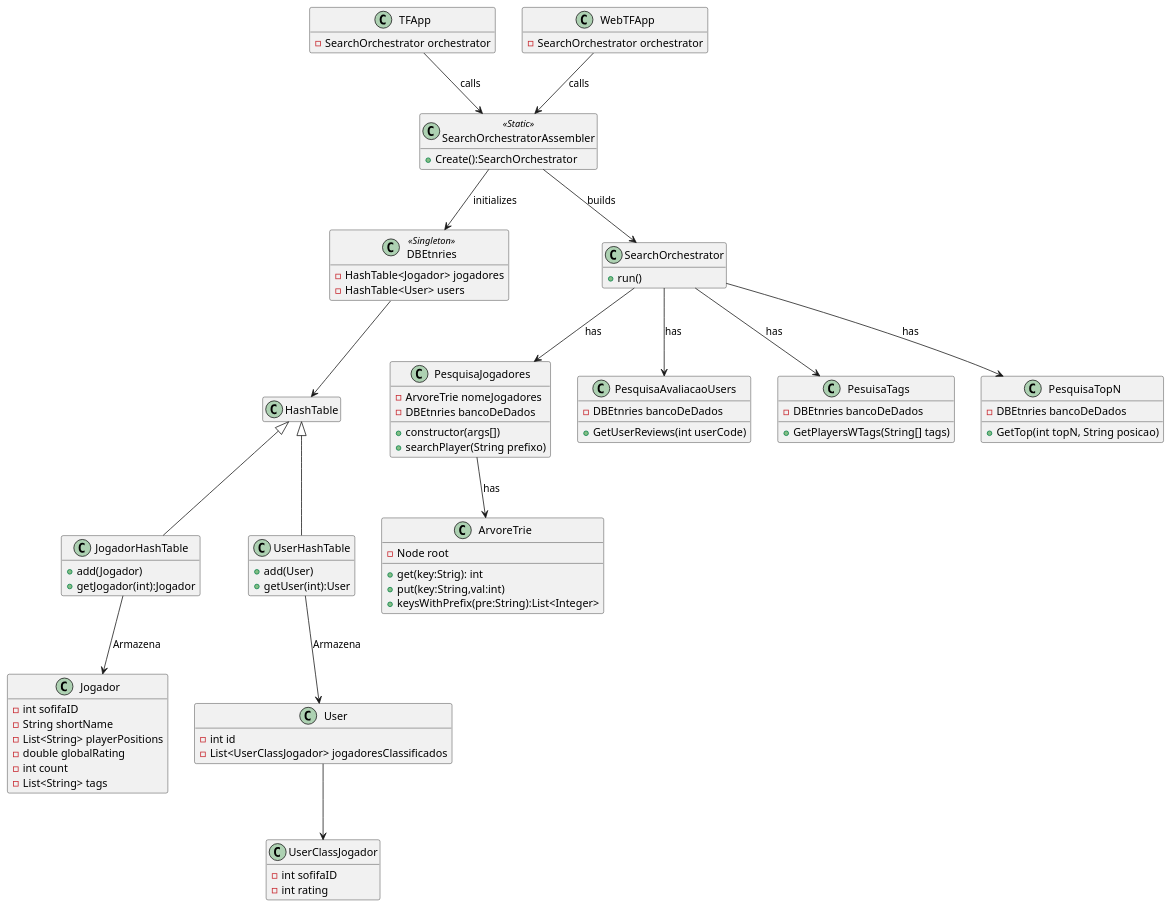
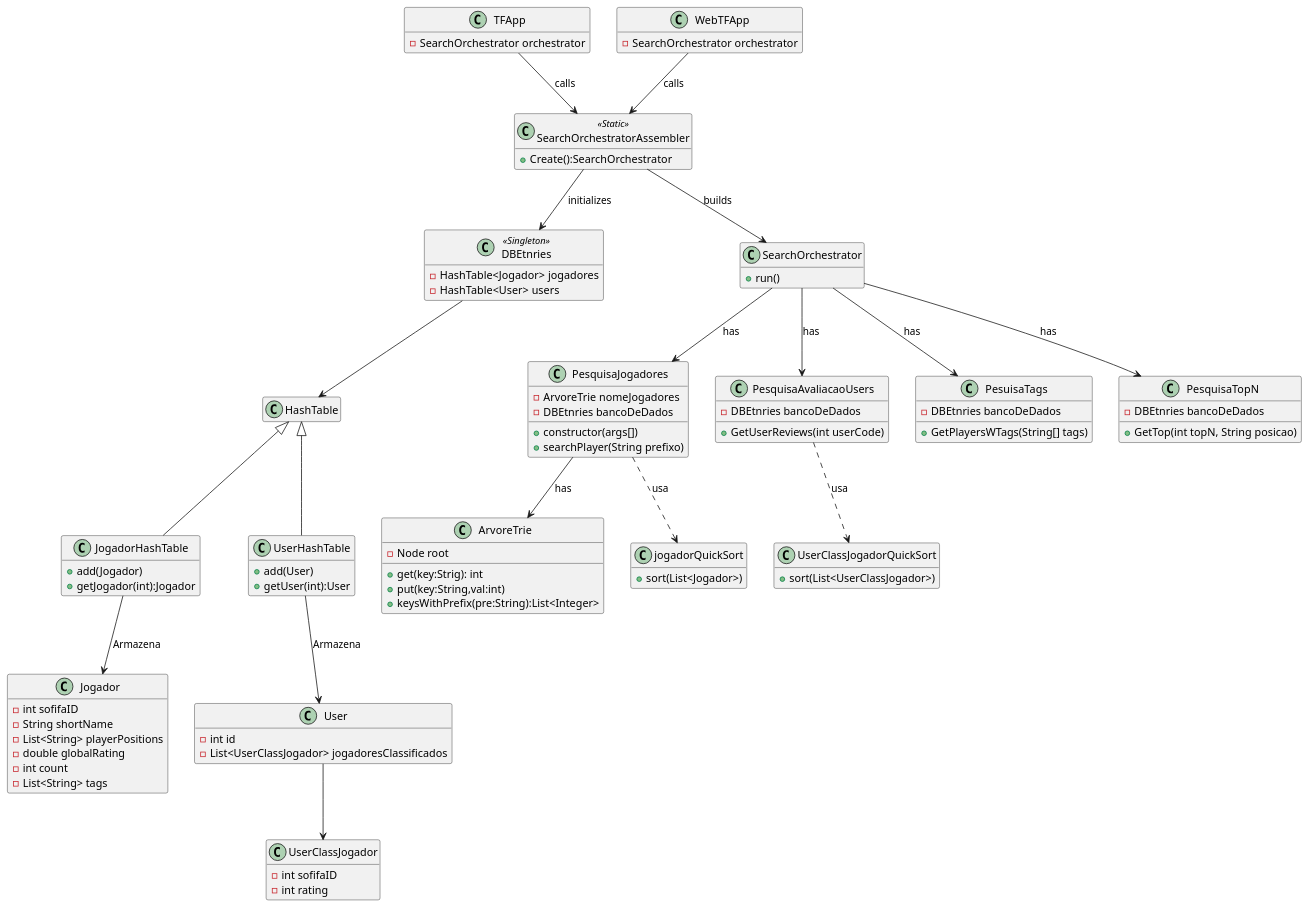
One commit to JoaoCosme/TrabFinalCPD changed the diagram in classDiagram.wsd. Above: the diagram before and after it, drawn with PlantUML. The commit also changed 1 other file, not shown here.

Commit message:
UML atualizado

```diff
--- a/classDiagram.wsd
+++ b/classDiagram.wsd
@@ -1,98 +1,108 @@
 @startuml classDiagram
     hide empty members
 
     class TFApp{
         -SearchOrchestrator orchestrator
     }
     class WebTFApp{
         -SearchOrchestrator orchestrator
     }
 
     class SearchOrchestratorAssembler<<Static>>{
         +Create():SearchOrchestrator
     }
     class DBEtnries<<Singleton>>{
         - HashTable<Jogador> jogadores
         - HashTable<User> users
     }
 
     class HashTable{
 
     }
 
     class JogadorHashTable extends HashTable{
         + add(Jogador)
         + getJogador(int):Jogador
     }
 
     class UserHashTable extends HashTable{
         + add(User)
         + getUser(int):User
     }
 
     class Jogador{
         - int sofifaID
         - String shortName
         - List<String> playerPositions
         - double globalRating
         - int count
         - List<String> tags
     }
 
     class UserClassJogador{
         - int sofifaID
         - int rating
     }
 
     class User{
         - int id
         - List<UserClassJogador> jogadoresClassificados
     }
 
     class SearchOrchestrator{
         +run()
     }
 
     class PesquisaJogadores{
         - ArvoreTrie nomeJogadores
         - DBEtnries bancoDeDados
         + constructor(args[])
         + searchPlayer(String prefixo)
     }
 
     Class ArvoreTrie{
         - Node root
         + get(key:Strig): int
         + put(key:String,val:int)
         + keysWithPrefix(pre:String):List<Integer>
 
     }
 
     class PesquisaAvaliacaoUsers{
         - DBEtnries bancoDeDados
         + GetUserReviews(int userCode)
     }
     class PesuisaTags{
         - DBEtnries bancoDeDados
         + GetPlayersWTags(String[] tags)
     }
     class PesquisaTopN{
         - DBEtnries bancoDeDados
         + GetTop(int topN, String posicao)
     }
+
+    class jogadorQuickSort{
+        + sort(List<Jogador>)
+    }
+
+    class UserClassJogadorQuickSort{
+        +sort(List<UserClassJogador>)
+    }
     
     SearchOrchestratorAssembler --> SearchOrchestrator:builds
     WebTFApp --> SearchOrchestratorAssembler:calls
     TFApp --> SearchOrchestratorAssembler:calls
     SearchOrchestratorAssembler --> DBEtnries: initializes
     SearchOrchestrator --> PesquisaJogadores:has
     SearchOrchestrator --> PesuisaTags:has
     SearchOrchestrator --> PesquisaTopN:has
     SearchOrchestrator --> PesquisaAvaliacaoUsers:has
     PesquisaJogadores --> ArvoreTrie: has
     DBEtnries --> HashTable
     JogadorHashTable --> Jogador:Armazena
     UserHashTable --> User: Armazena
     User --> UserClassJogador
+    PesquisaJogadores ..> jogadorQuickSort: usa
+    PesquisaAvaliacaoUsers ..> UserClassJogadorQuickSort:usa
     
 @enduml
```
